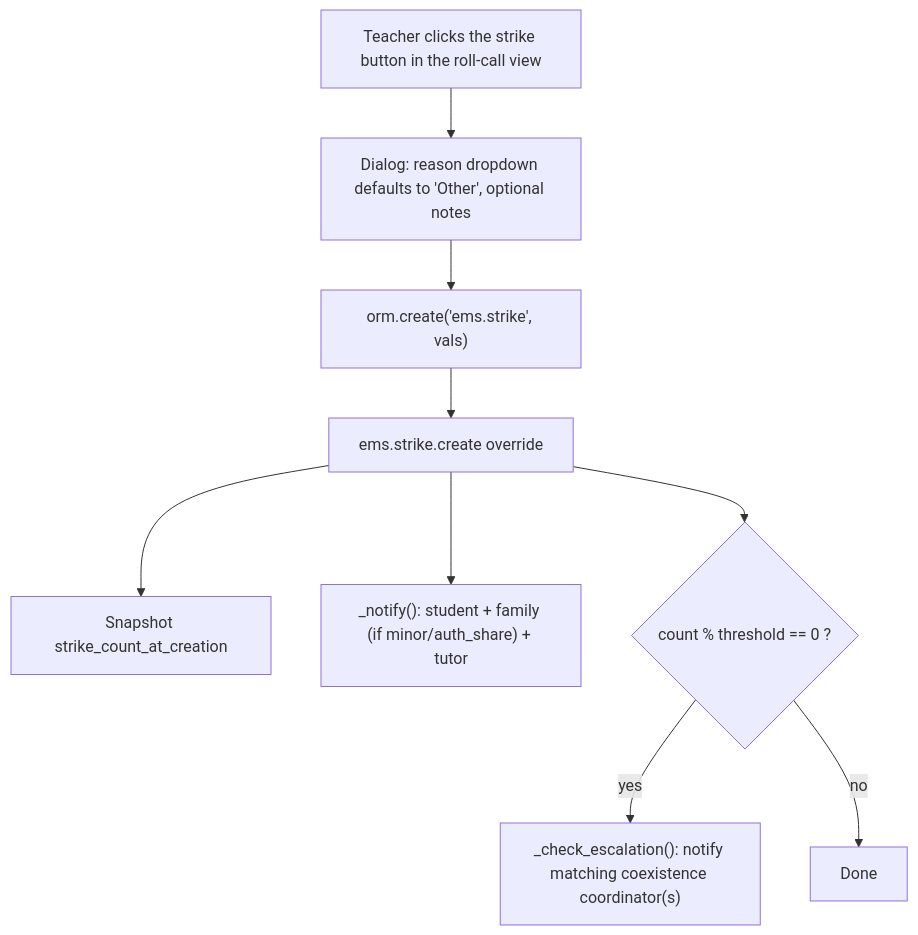
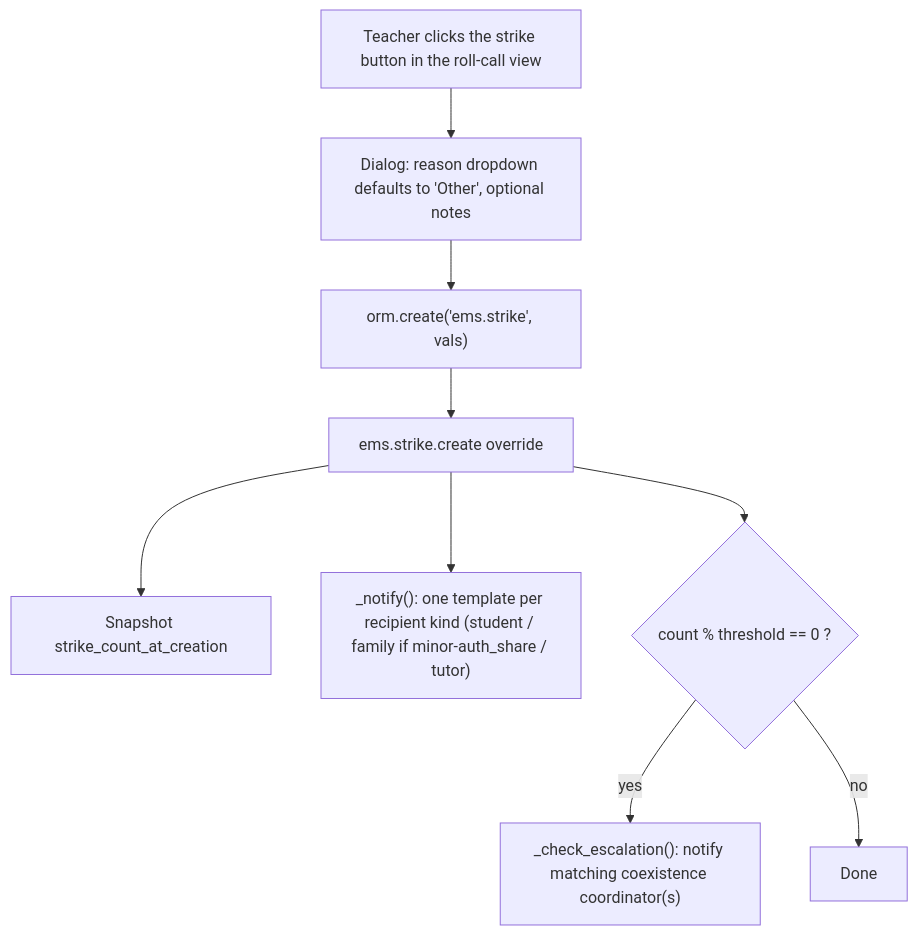
The diagram in docs/en/developers/coexistence/strike.md (ElPuig/EMS), drawn with Mermaid before and after one commit. The commit also changed other lines of this file and 7 other files, not shown here.

````diff
--- a/docs/en/developers/coexistence/strike.md
+++ b/docs/en/developers/coexistence/strike.md
@@ -41,11 +41,11 @@
 ```mermaid
 flowchart TD
     A[Teacher clicks the strike button in the roll-call view] --> B[Dialog: reason dropdown defaults to 'Other', optional notes]
     B --> C["orm.create('ems.strike', vals)"]
     C --> D[ems.strike.create override]
     D --> E[Snapshot strike_count_at_creation]
-    D --> F["_notify(): student + family (if minor/auth_share) + tutor"]
+    D --> F["_notify(): one template per recipient kind (student / family if minor-auth_share / tutor)"]
     D --> G{"count % threshold == 0 ?"}
     G -- yes --> H["_check_escalation(): notify matching coexistence coordinator(s)"]
     G -- no --> I[Done]
 ```
````
